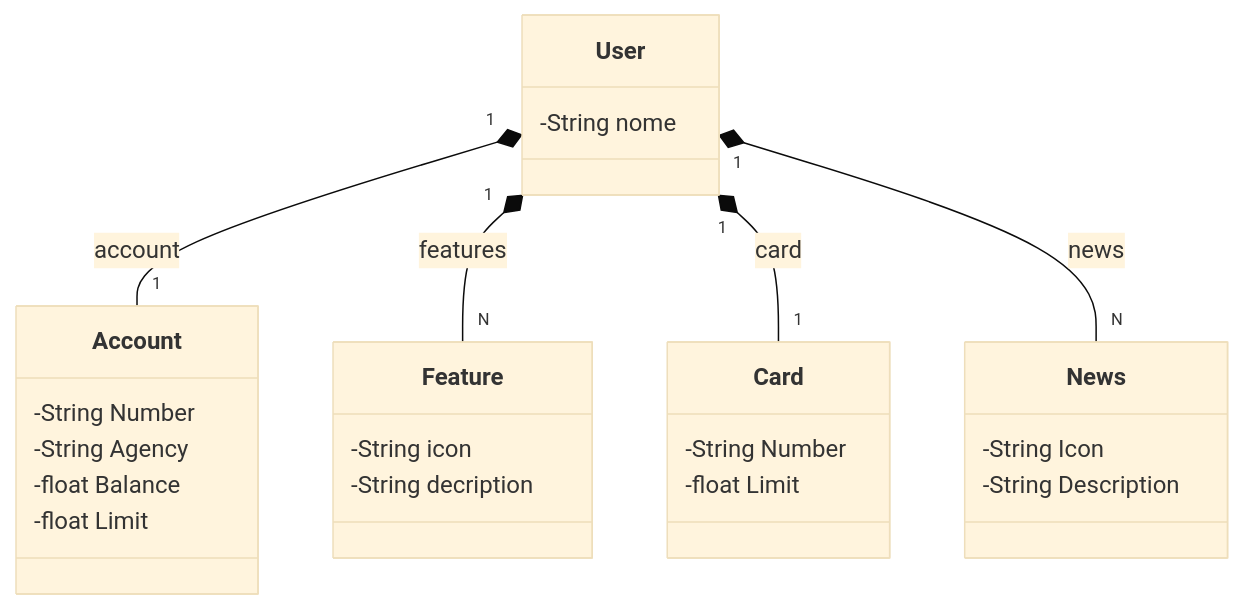
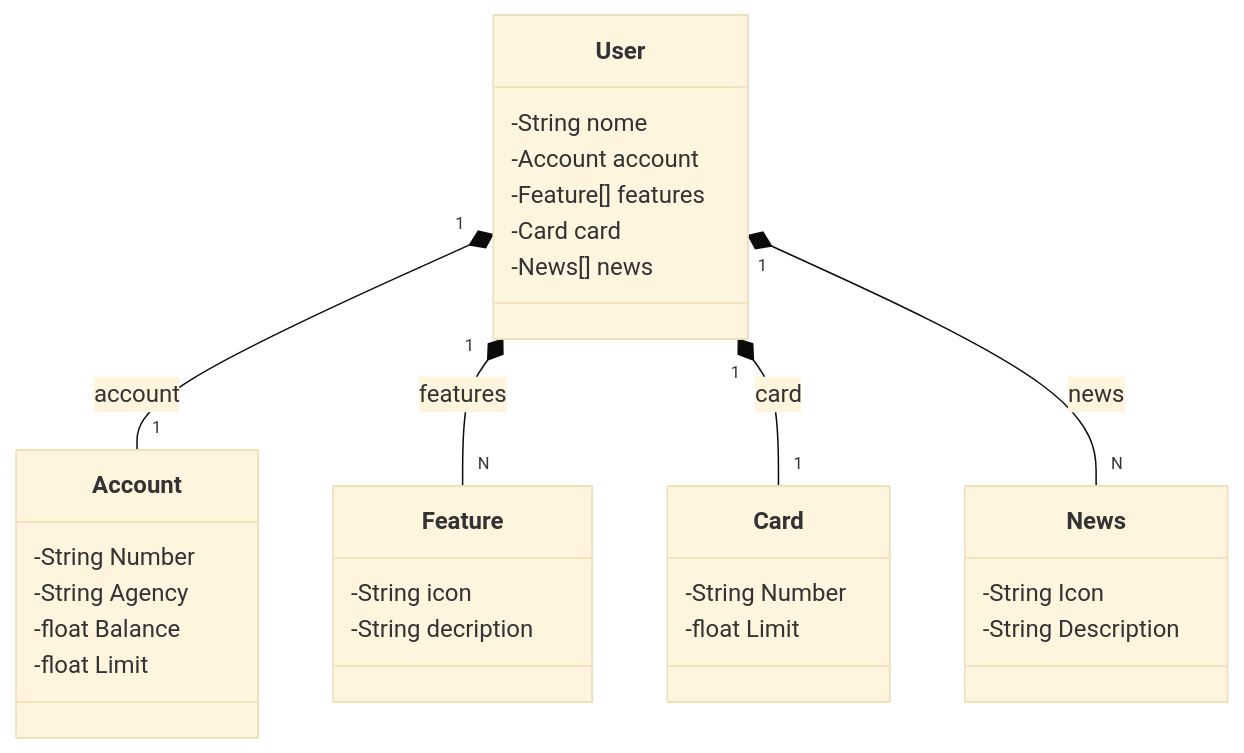
Before and after one commit to Erixian/santander-lab-dio-2025: the diagram in README.md, drawn with Mermaid (base theme).

````diff
--- a/README.md
+++ b/README.md
@@ -6,34 +6,38 @@
 ```mermaid
 
 classDiagram
     class User {
         -String nome
+        -Account account
+        -Feature[] features
+        -Card card
+        -News[] news
     }
     
     class Account {
         -String Number
         -String Agency
         -float Balance
         -float Limit
     }
 
     class Feature {
         -String icon
         -String decription
     }
 
     class Card {
         -String Number
         -float Limit
     }
 
     class News {
         -String Icon
         -String Description
     }
 
     User "1" *--  "1" Account : account
     User "1" *-- "N" Feature : features
     User "1" *-- "1" Card : card
     User "1" *-- "N" News : news
 ```
````
